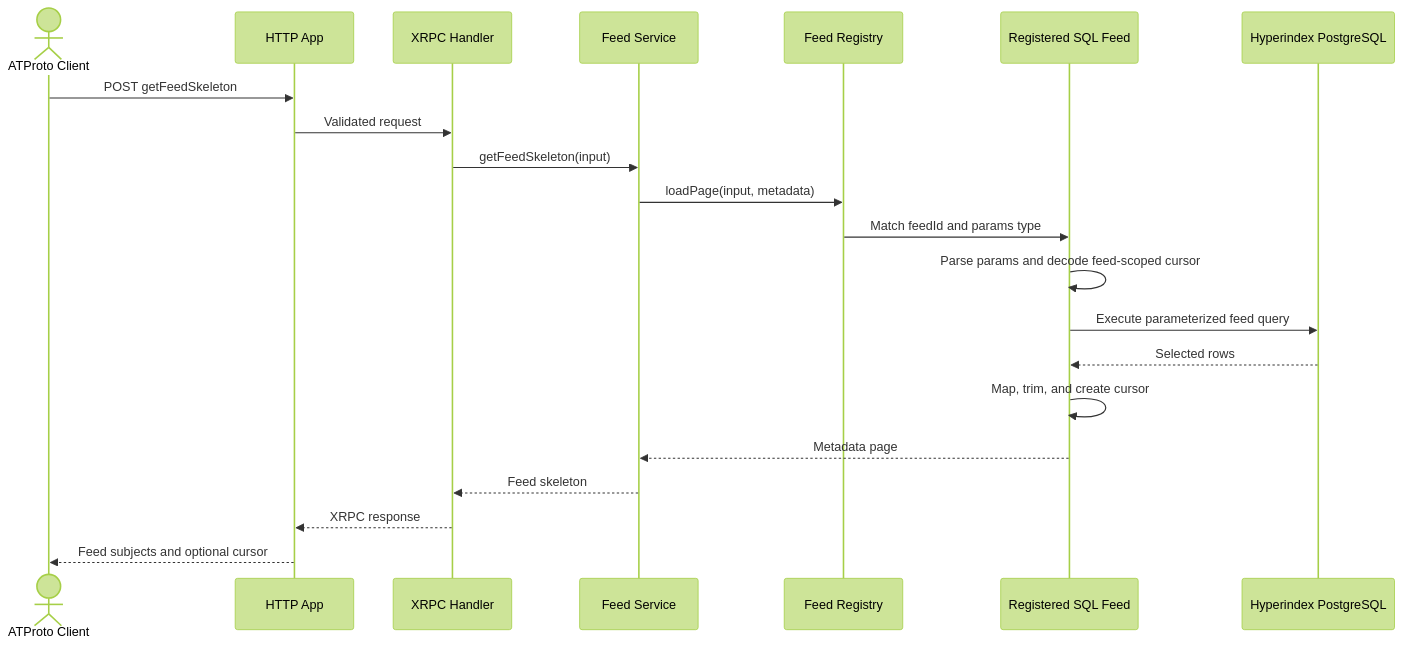
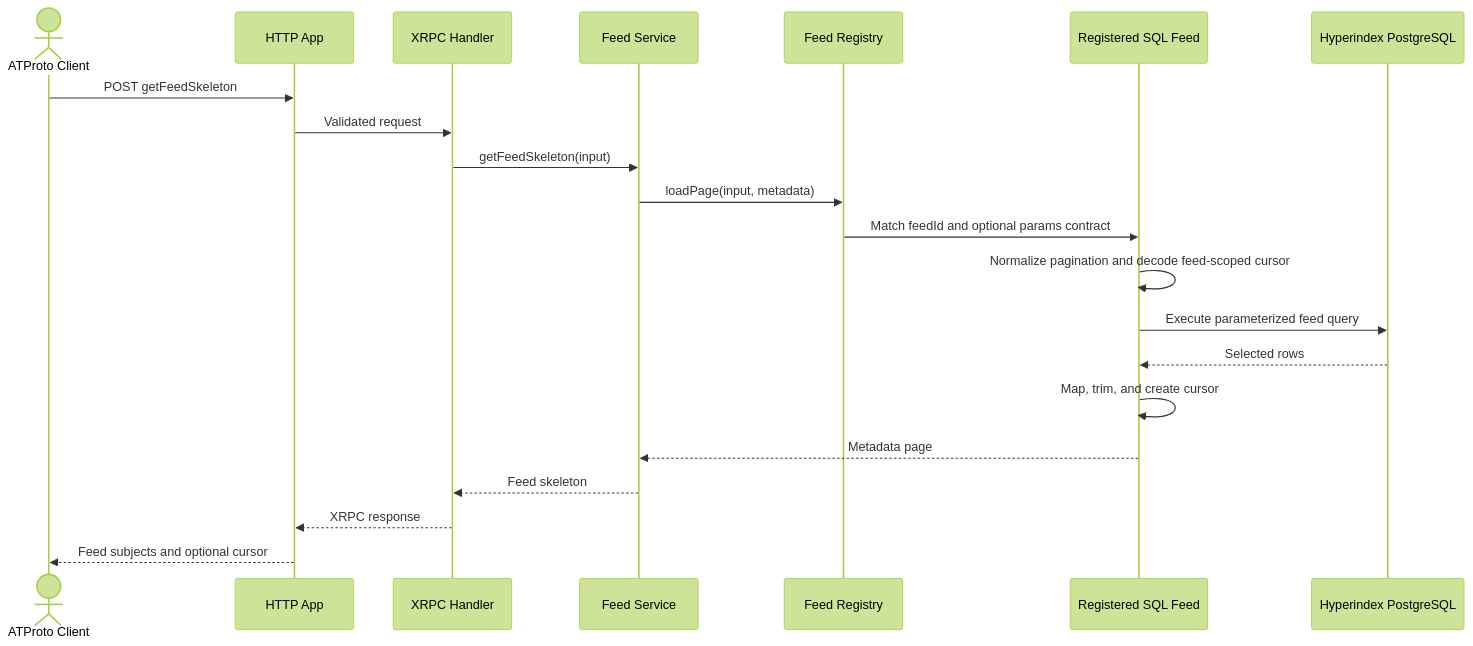
One commit to hypercerts-org/certified-feed-service changed the diagram in README.md. Above: the diagram before and after it, drawn with Mermaid (forest theme). The commit also changed other lines of this file and 13 other files, not shown here.

Commit message:
feed: move pagination outside algorithm params

````diff
--- a/README.md
+++ b/README.md
@@ -55,24 +55,24 @@
 ```mermaid
 sequenceDiagram
     actor Client as ATProto Client
     participant HTTP as HTTP App
     participant XRPC as XRPC Handler
     participant Service as Feed Service
     participant Registry as Feed Registry
     participant Feed as Registered SQL Feed
     participant DB as Hyperindex PostgreSQL
 
     Client->>HTTP: POST getFeedSkeleton
     HTTP->>XRPC: Validated request
     XRPC->>Service: getFeedSkeleton(input)
     Service->>Registry: loadPage(input, metadata)
-    Registry->>Feed: Match feedId and params type
-    Feed->>Feed: Parse params and decode feed-scoped cursor
+    Registry->>Feed: Match feedId and optional params contract
+    Feed->>Feed: Normalize pagination and decode feed-scoped cursor
     Feed->>DB: Execute parameterized feed query
     DB-->>Feed: Selected rows
     Feed->>Feed: Map, trim, and create cursor
     Feed-->>Service: Metadata page
     Service-->>XRPC: Feed skeleton
     XRPC-->>HTTP: XRPC response
     HTTP-->>Client: Feed subjects and optional cursor
 ```
````
